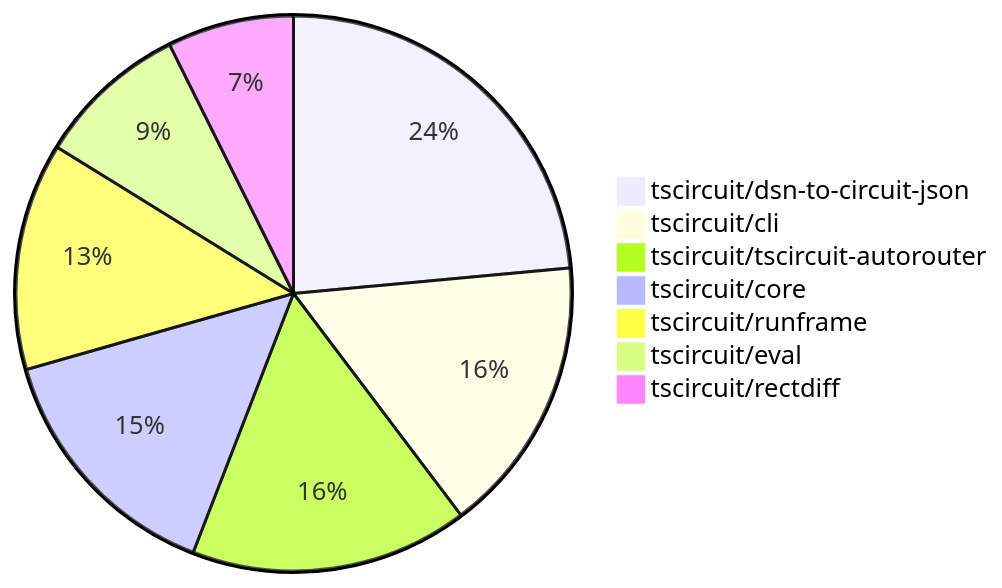
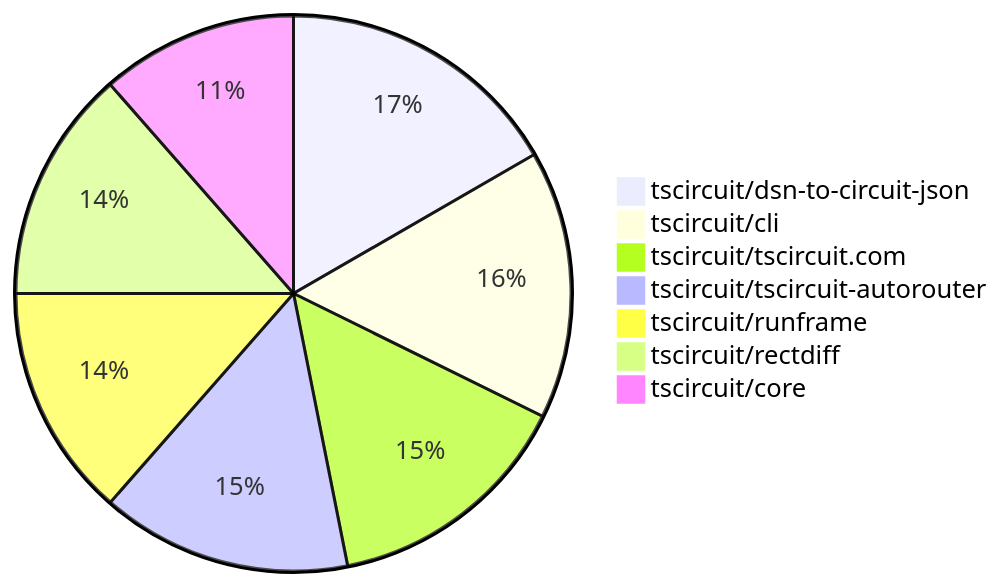
The second of 2 diagrams in README.md (tscircuit/contribution-tracker), drawn with Mermaid before and after one commit. The commit also changed other lines of this file and 3 other files, not shown here.

````diff
--- a/README.md
+++ b/README.md
@@ -108,10 +113,10 @@
 ```mermaid
 pie
     "tscircuit/dsn-to-circuit-json" : 16
-    "tscircuit/cli" : 11
-    "tscircuit/tscircuit-autorouter" : 11
-    "tscircuit/core" : 10
-    "tscircuit/runframe" : 9
-    "tscircuit/eval" : 6
-    "tscircuit/rectdiff" : 5
+    "tscircuit/cli" : 15
+    "tscircuit/tscircuit.com" : 14
+    "tscircuit/tscircuit-autorouter" : 14
+    "tscircuit/runframe" : 13
+    "tscircuit/rectdiff" : 13
+    "tscircuit/core" : 11
 ```
````
